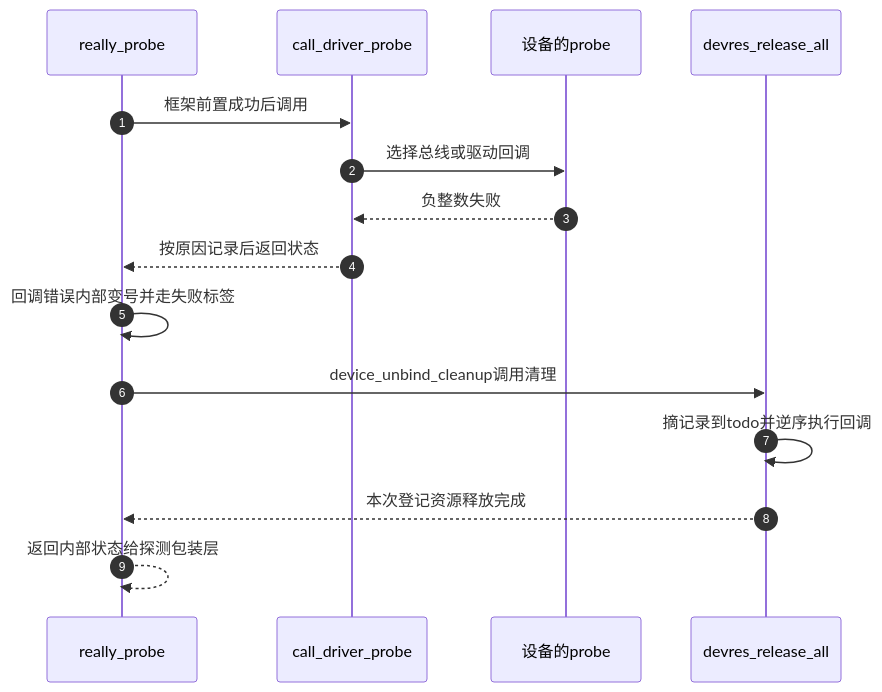
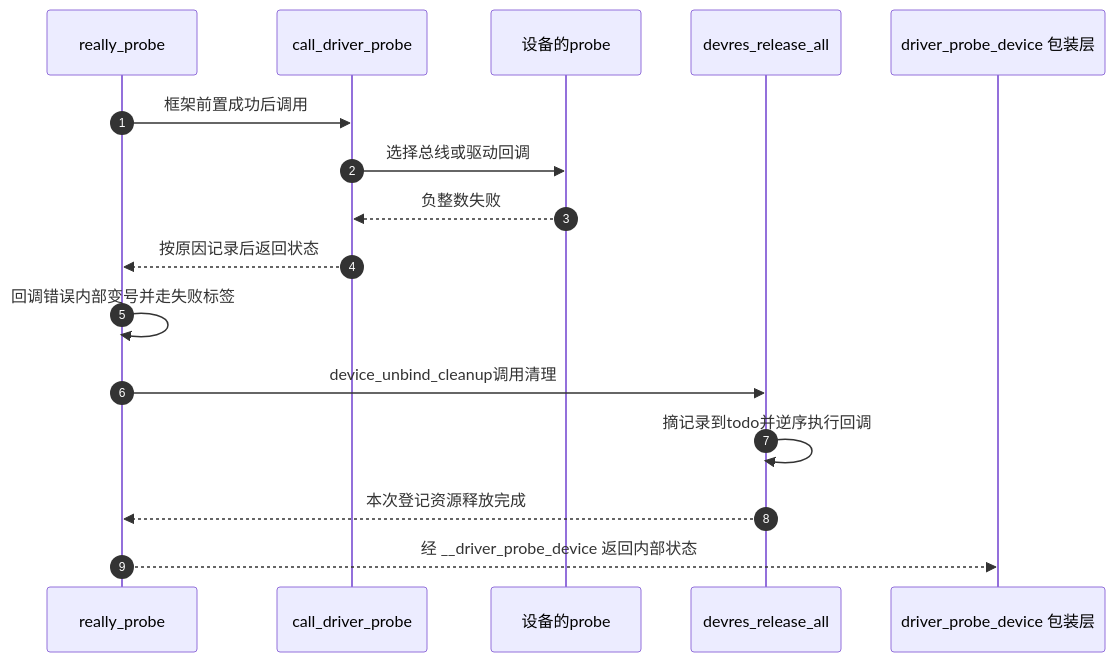
The second of 2 diagrams in research/source_reading/error_pointer/navigation/P02_返回值与清理路径导读.md (FormingSystem/linux_note), drawn with Mermaid before and after one commit. The commit also changed other lines of this file and 1 other file, not shown here.

````diff
--- a/research/source_reading/error_pointer/navigation/P02_返回值与清理路径导读.md
+++ b/research/source_reading/error_pointer/navigation/P02_返回值与清理路径导读.md
@@ -53,17 +55,18 @@
 ```mermaid
 sequenceDiagram
     autonumber
     participant R as really_probe
     participant C as call_driver_probe
     participant P as 设备的probe
     participant D as devres_release_all
+    participant W as driver_probe_device 包装层
     R->>C: 框架前置成功后调用
     C->>P: 选择总线或驱动回调
     P-->>C: 负整数失败
     C-->>R: 按原因记录后返回状态
     R->>R: 回调错误内部变号并走失败标签
     R->>D: device_unbind_cleanup调用清理
     D->>D: 摘记录到todo并逆序执行回调
     D-->>R: 本次登记资源释放完成
-    R-->>R: 返回内部状态给探测包装层
+    R-->>W: 经 __driver_probe_device 返回内部状态
 ```
````
